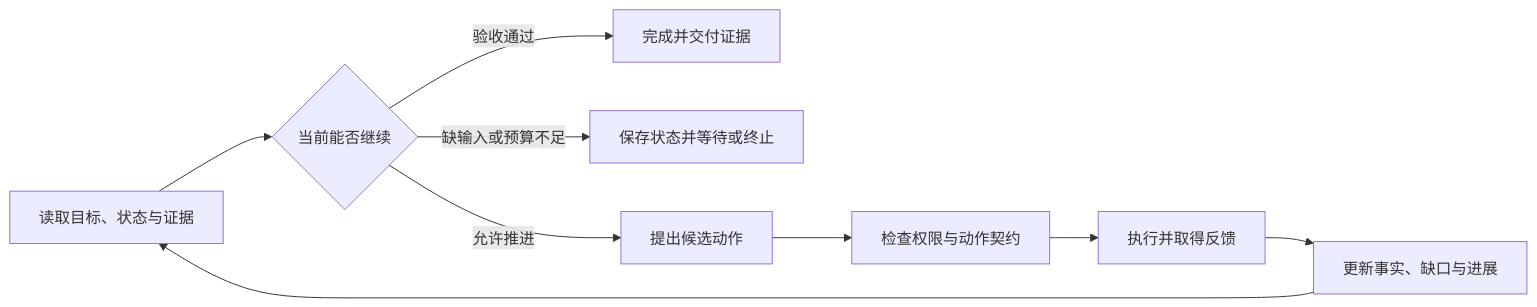
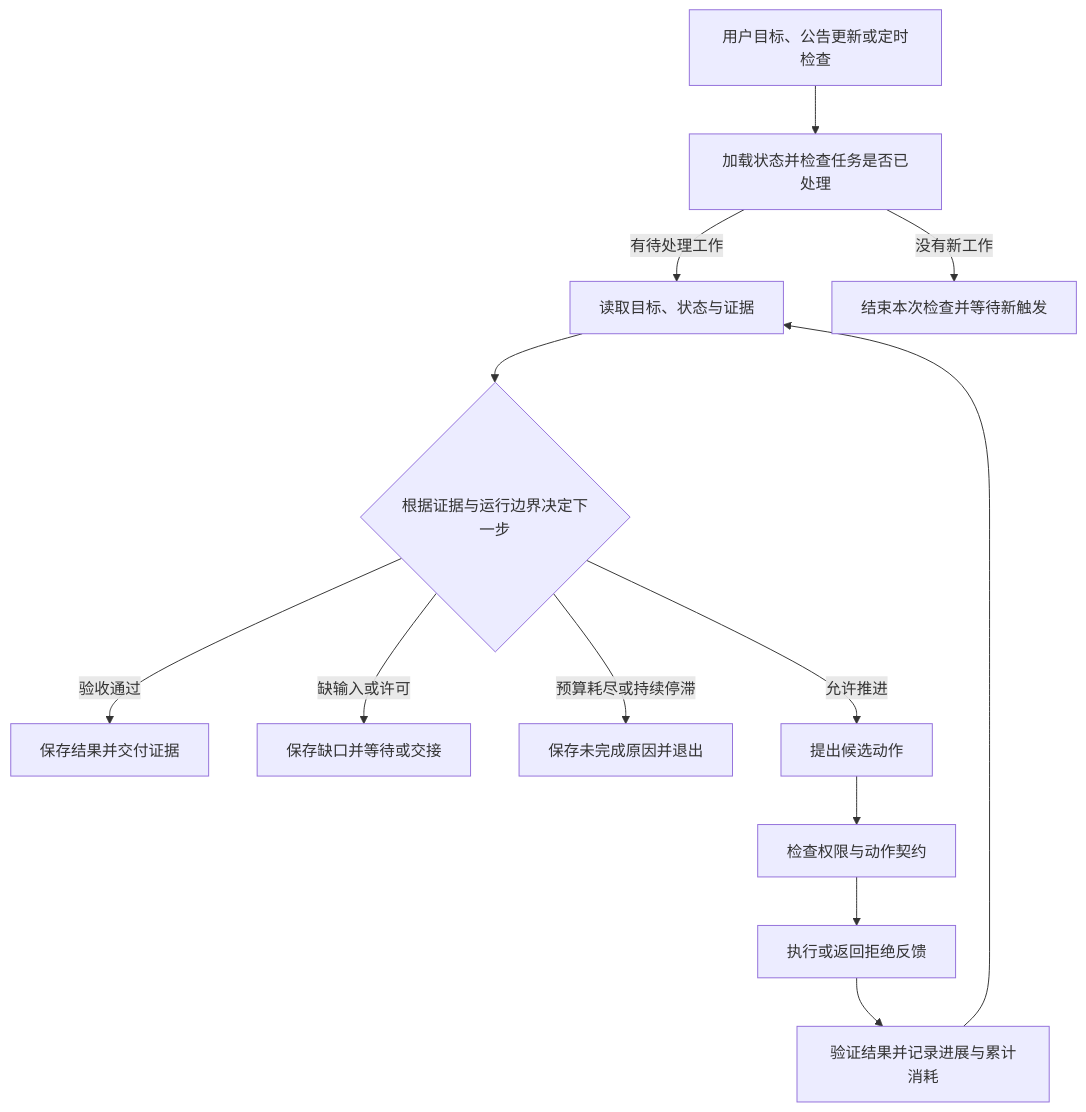
Before and after one commit to MarkingYang/aidea-lab: the first of 2 diagrams in src/content/writing/loop-graph-engineering.md, drawn with Mermaid. The commit also changed other lines of this file and 37 other files, not shown here.

````diff
--- a/src/content/writing/loop-graph-engineering.md
+++ b/src/content/writing/loop-graph-engineering.md
@@ -46,11 +133,15 @@
 ```mermaid
-flowchart LR
-  A[读取目标、状态与证据] --> B{当前能否继续}
-  B -->|验收通过| D[完成并交付证据]
-  B -->|缺输入或预算不足| W[保存状态并等待或终止]
+flowchart TB
+  T[用户目标、公告更新或定时检查] --> R[加载状态并检查任务是否已处理]
+  R -->|有待处理工作| A[读取目标、状态与证据]
+  R -->|没有新工作| N[结束本次检查并等待新触发]
+  A --> B{根据证据与运行边界决定下一步}
+  B -->|验收通过| D[保存结果并交付证据]
+  B -->|缺输入或许可| W[保存缺口并等待或交接]
+  B -->|预算耗尽或持续停滞| H[保存未完成原因并退出]
   B -->|允许推进| P[提出候选动作]
   P --> G[检查权限与动作契约]
-  G --> X[执行并取得反馈]
-  X --> S[更新事实、缺口与进展]
-  S --> A
+  G --> X[执行或返回拒绝反馈]
+  X --> V[验证结果并记录进展与累计消耗]
+  V --> A
 ```
````
